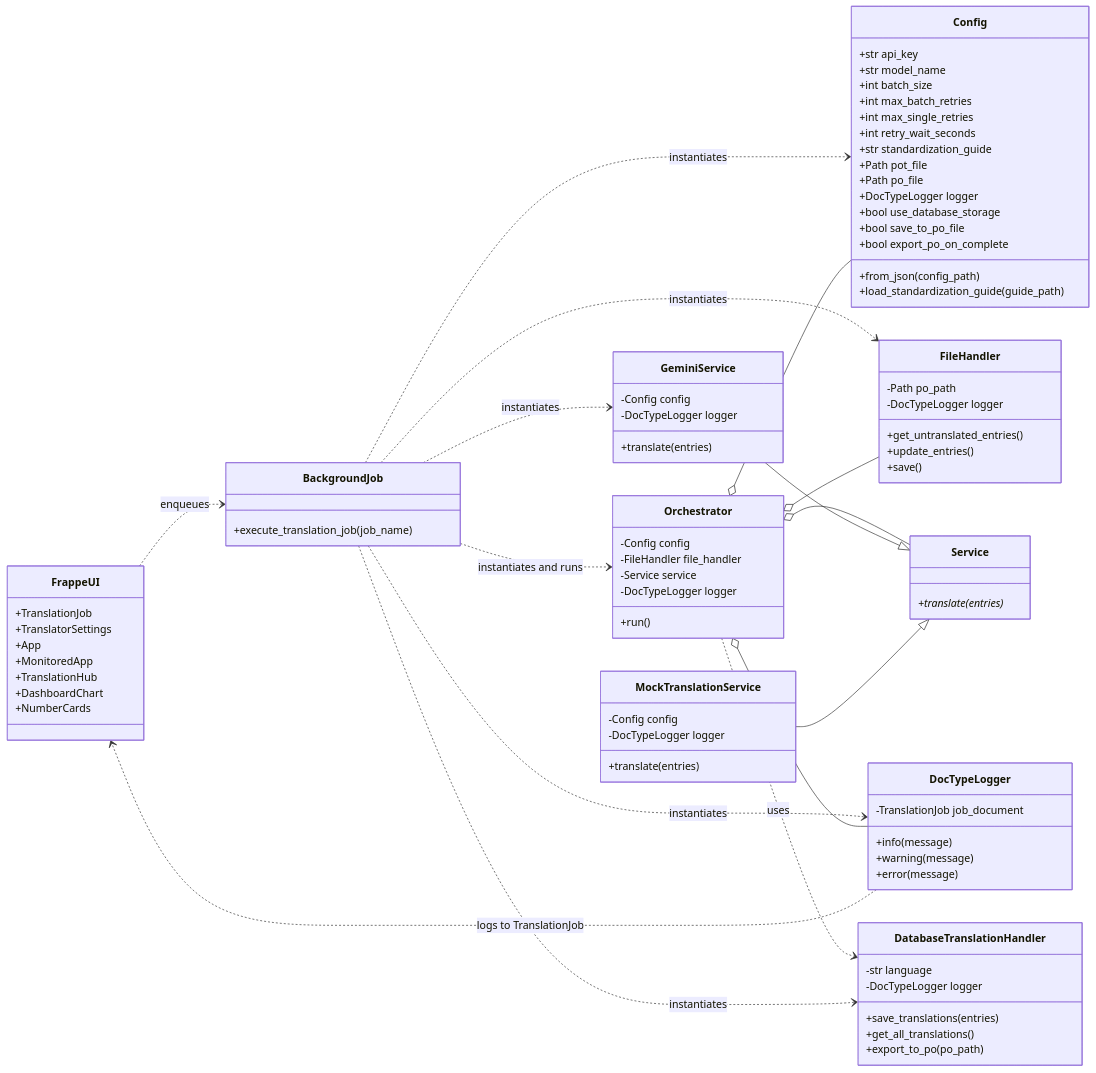
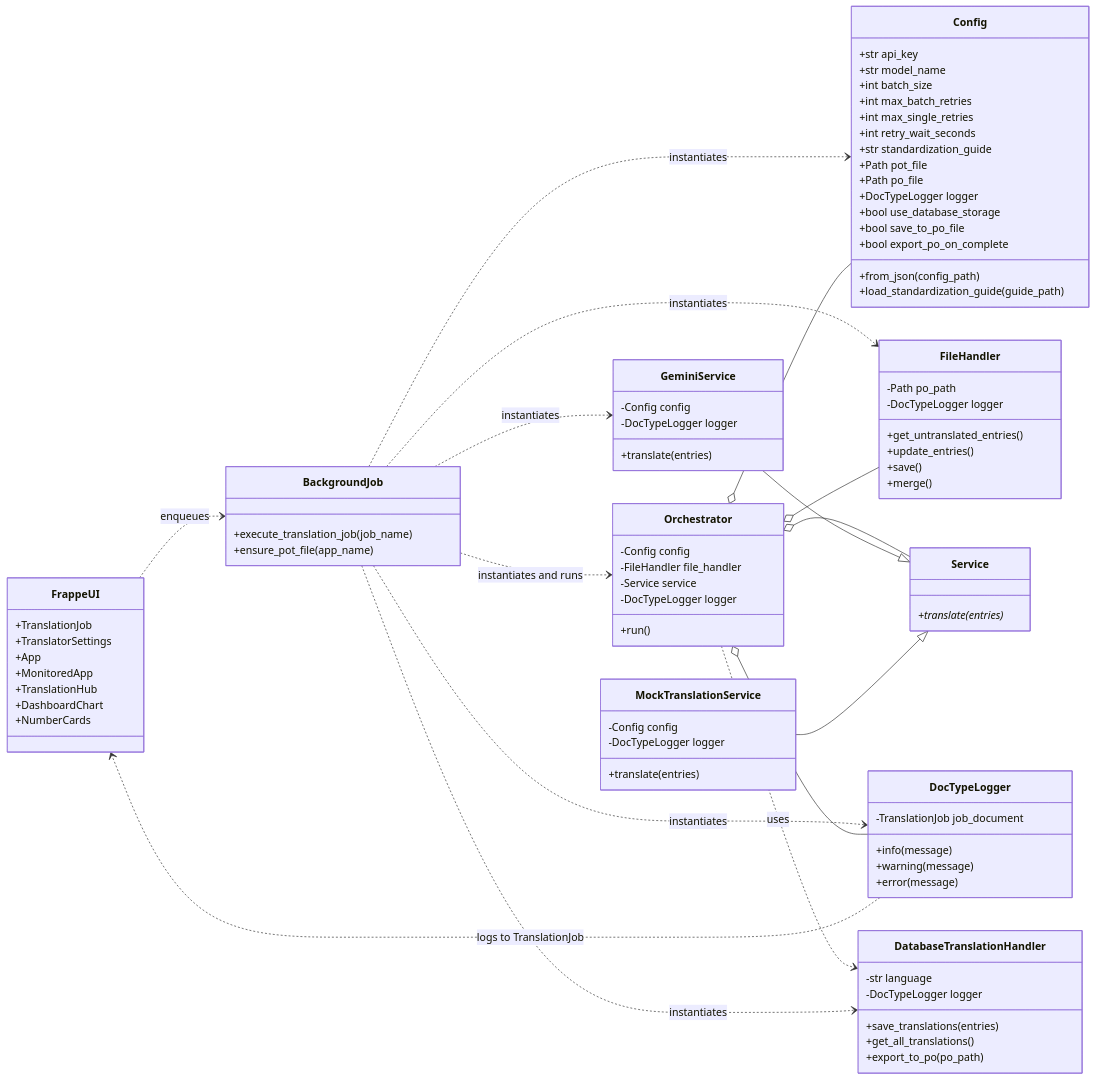
Before and after one commit to SebstnRodri/translation_hub: the first of 3 diagrams in docs/developer_guide/architecture.md, drawn with Mermaid. The commit also changed other lines of this file and 1 other file, not shown here.

```diff
--- a/docs/developer_guide/architecture.md
+++ b/docs/developer_guide/architecture.md
@@ -87,6 +87,7 @@
 
     class BackgroundJob {
         +execute_translation_job(job_name)
+        +ensure_pot_file(app_name)
     }
 
     class Orchestrator {
@@ -121,6 +122,7 @@
         +get_untranslated_entries()
         +update_entries()
         +save()
+        +merge()
     }
 
     class Service {
```
